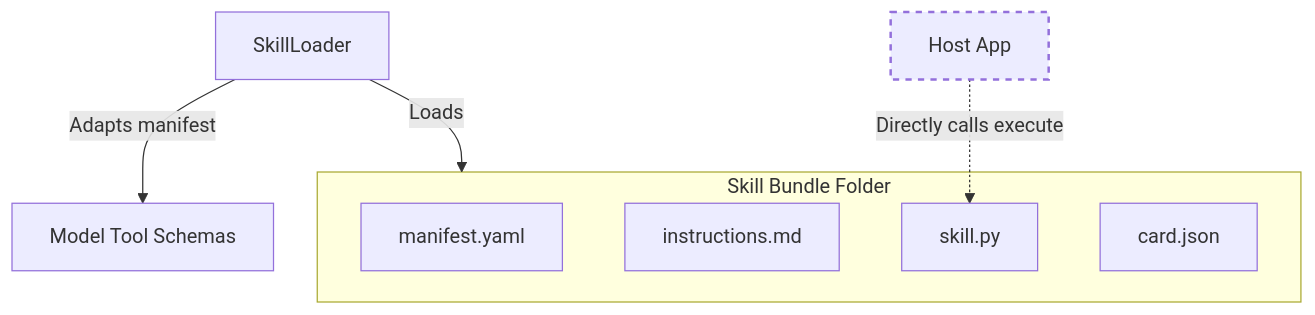
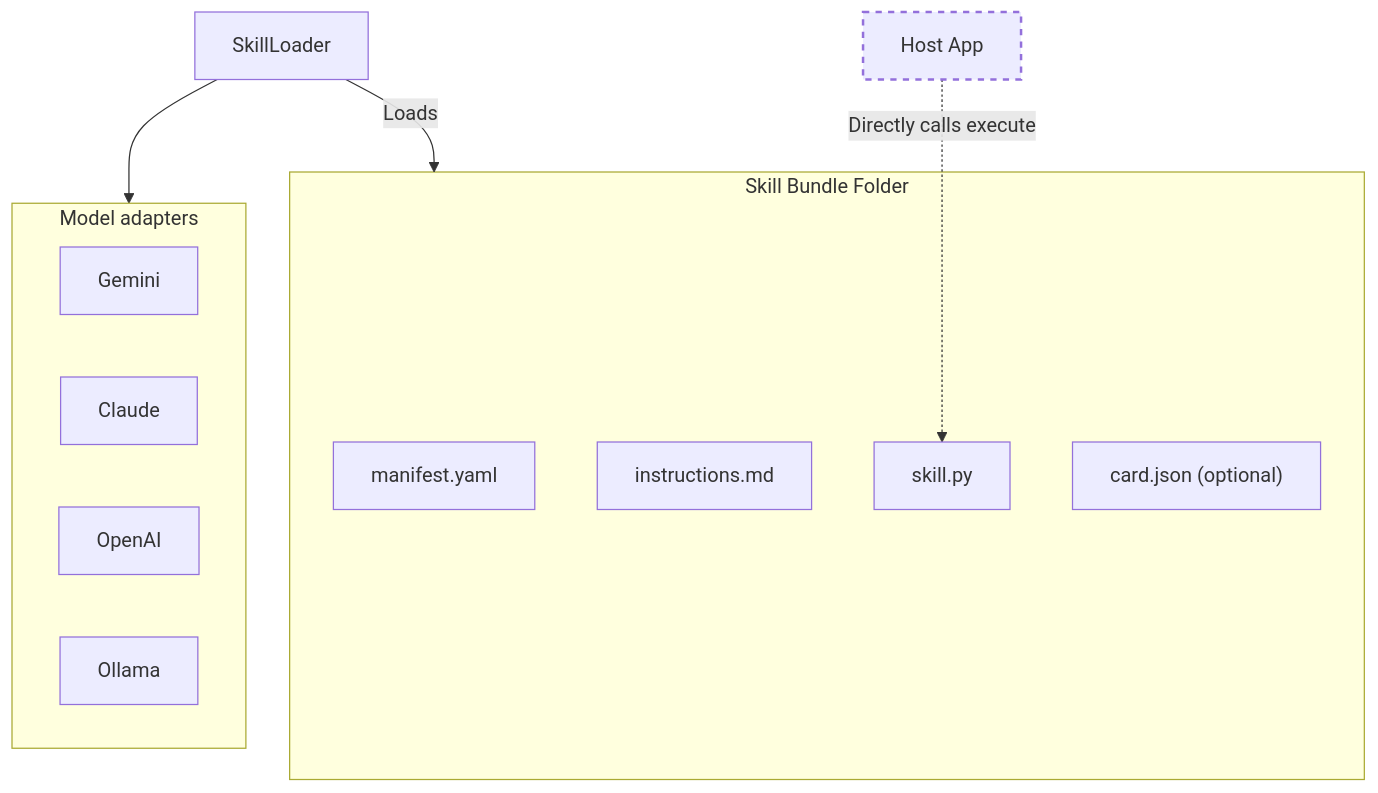
One commit to ARPAHLS/skillware changed the first of 2 diagrams in docs/introduction.md. Above: the diagram before and after it, drawn with Mermaid. The commit also changed other lines of this file and 1 other file, not shown here.

Commit message:
docs: polish #210 diagrams (maintainer follow-up on #217)
Label optional card.json, add Step 1 mini-pipeline, fan out model adapters,
move direct-path Mermaid out of blockquote, and cross-link README How it works.

````diff
--- a/docs/introduction.md
+++ b/docs/introduction.md
@@ -52,15 +52,24 @@
 ```mermaid
 flowchart TD
     subgraph Bundle["Skill Bundle Folder"]
         Manifest[manifest.yaml]
         Instructions[instructions.md]
         SkillPy[skill.py]
-        CardJson[card.json]
+        CardJson["card.json (optional)"]
     end
 
     Loader[SkillLoader] -->|Loads| Bundle
-    Loader -->|Adapts manifest| Adapters[Model Tool Schemas]
+    Loader --> Adapters
+
+    subgraph Adapters["Model adapters"]
+        direction LR
+        G[Gemini]
+        C[Claude]
+        O[OpenAI]
+        OL[Ollama]
+    end
+
     Host[Host App] -.->|Directly calls execute| SkillPy
 
     style Host stroke-width:2px,stroke-dasharray: 5 5
 ```
````
